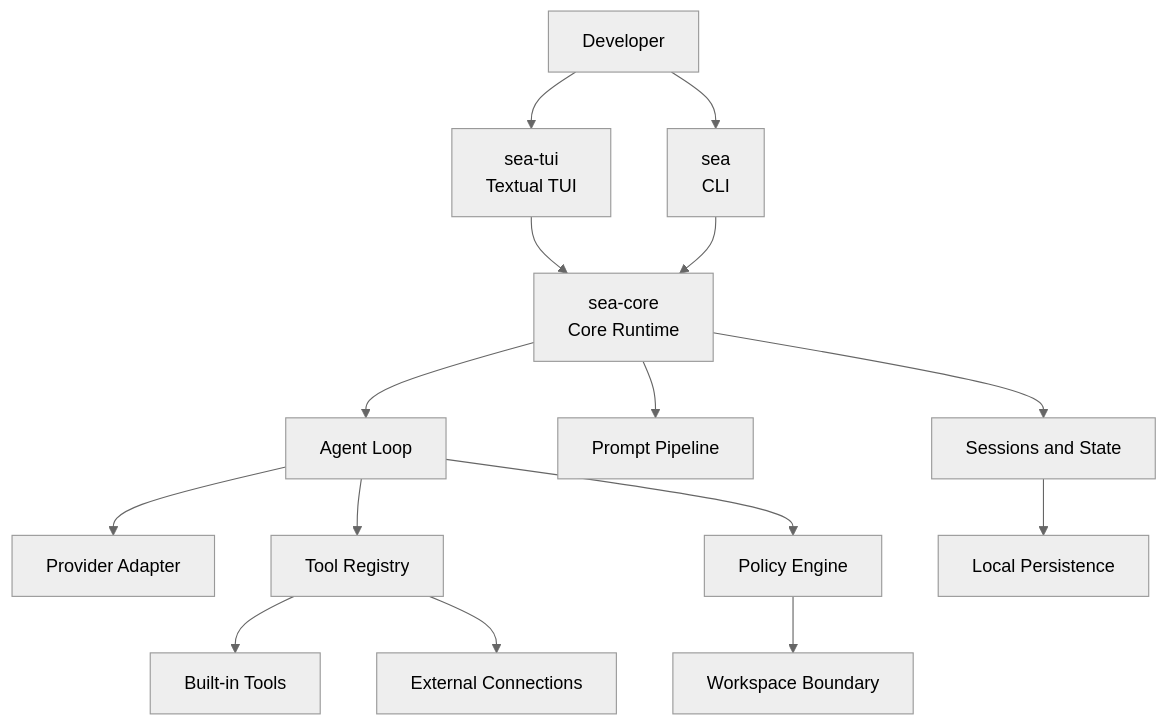
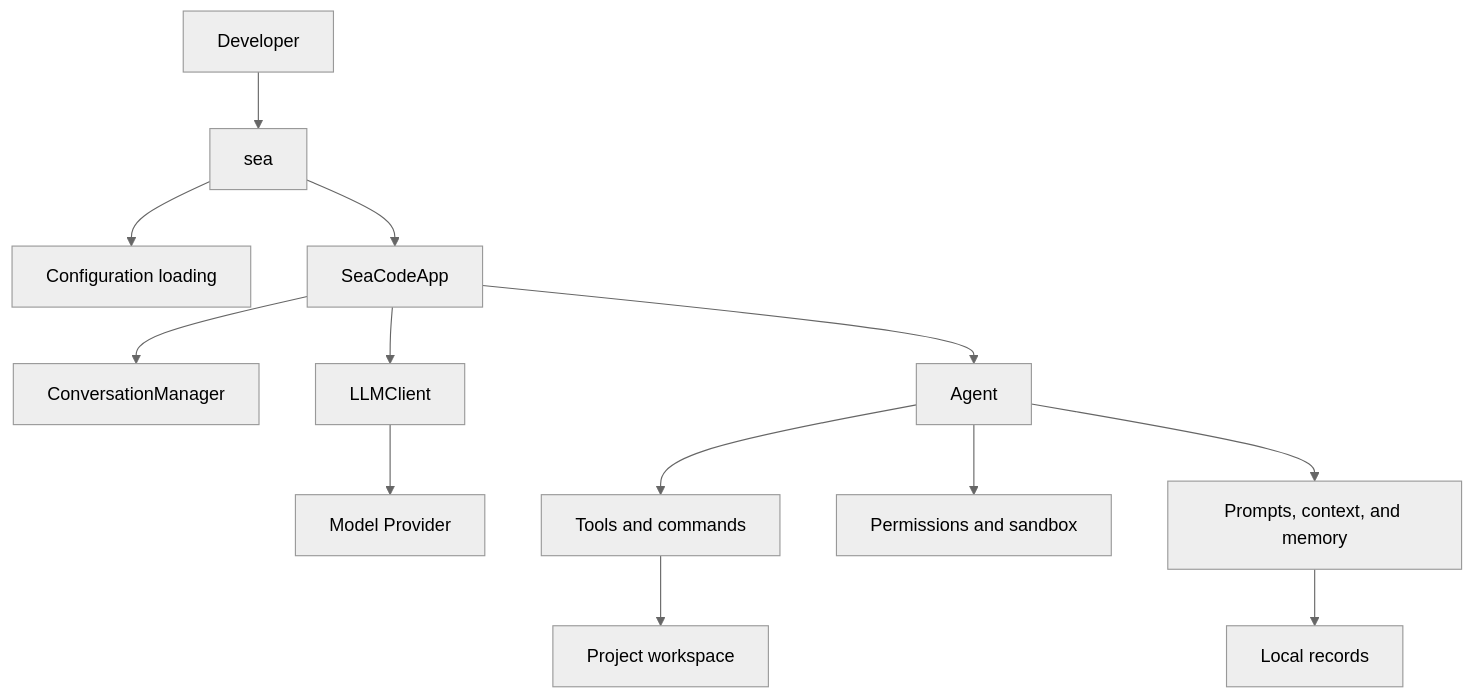
Before and after one commit to seaFall98/SeaCode: the first of 2 diagrams in docs-en/Design-SeaCode.md, drawn with Mermaid (neutral theme). The commit also changed other lines of this file and 26 other files, not shown here.

Commit message:
feat: add provider conversation tui

````diff
--- a/docs-en/Design-SeaCode.md
+++ b/docs-en/Design-SeaCode.md
@@ -9,17 +11,15 @@
 ```mermaid
 flowchart TB
-    User[Developer] --> TUI[sea-tui\nTextual TUI]
-    User --> CLI[sea\nCLI]
-    TUI --> Core[sea-core\nCore Runtime]
-    CLI --> Core
-    Core --> Session[Sessions and State]
-    Core --> Prompt[Prompt Pipeline]
-    Core --> Agent[Agent Loop]
-    Agent --> Provider[Provider Adapter]
-    Agent --> Registry[Tool Registry]
-    Agent --> Policy[Policy Engine]
-    Registry --> Builtin[Built-in Tools]
-    Registry --> Connectors[External Connections]
-    Policy --> Workspace[Workspace Boundary]
-    Session --> Disk[Local Persistence]
+    User[Developer] --> Sea[sea]
+    Sea --> Config[Configuration loading]
+    Sea --> App[SeaCodeApp]
+    App --> Conversation[ConversationManager]
+    App --> Client[LLMClient]
+    Client --> Provider[Model Provider]
+    App --> Agent[Agent]
+    Agent --> Tools[Tools and commands]
+    Agent --> Permissions[Permissions and sandbox]
+    Agent --> Context[Prompts, context, and memory]
+    Tools --> Workspace[Project workspace]
+    Context --> Storage[Local records]
 ```
````
